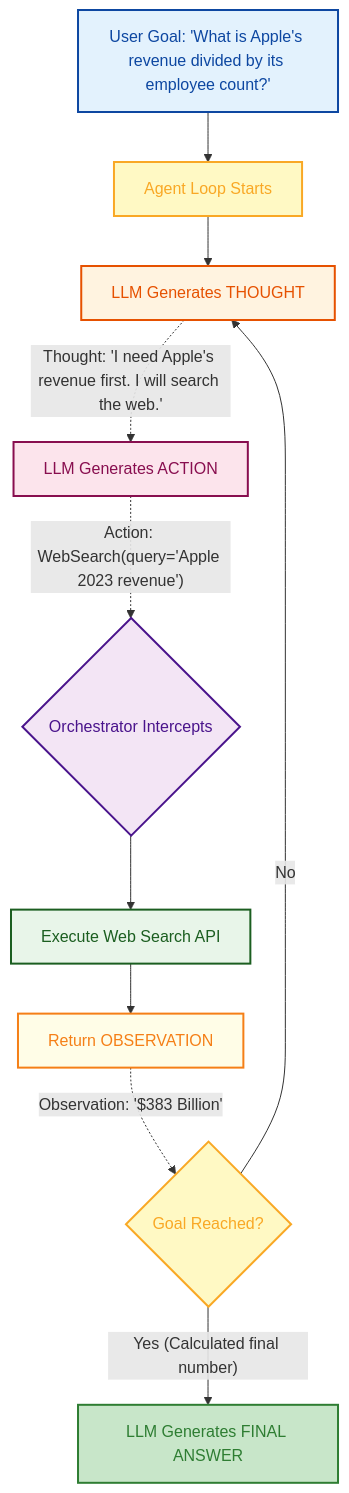
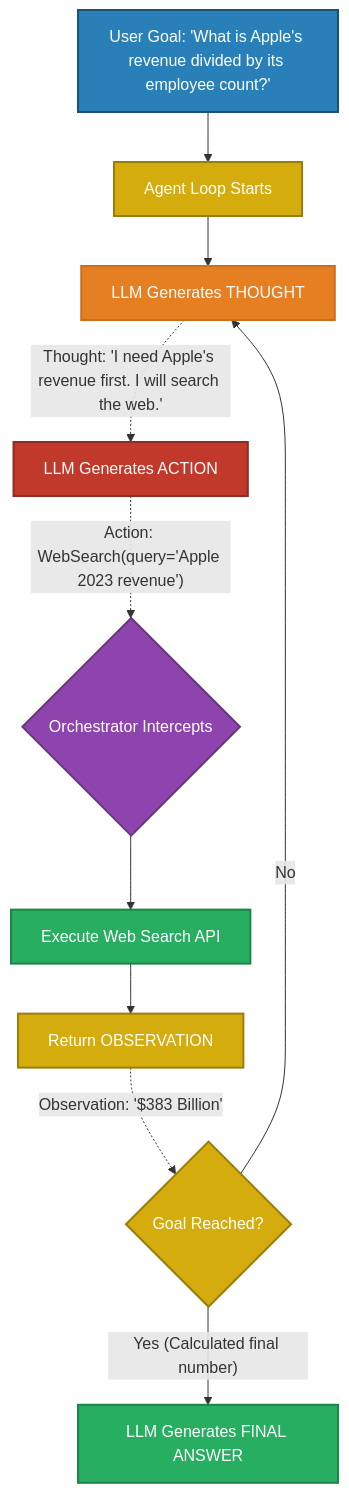
One commit to GyanendraChaubey/AI-Engineering-Notes changed the first of 2 diagrams in docs/13-agents/README.md. Above: the diagram before and after it, drawn with Mermaid. The commit also changed other lines of this file and 15 other files, not shown here.

Commit message:
style: replace all Mermaid diagram colors with saturated palette + white text for dark mode compatibility (321 changes across 16 files)

````diff
--- a/docs/13-agents/README.md
+++ b/docs/13-agents/README.md
@@ -50,26 +50,26 @@
 ```mermaid
 flowchart TD
     A["User Goal: 'What is Apple's revenue divided by its employee count?'"] --> B["Agent Loop Starts"]
     
     B --> C["LLM Generates THOUGHT"]
     C -.->|"Thought: 'I need Apple's revenue first. I will search the web.'"| D["LLM Generates ACTION"]
     
     D -.->|"Action: WebSearch(query='Apple 2023 revenue')"| E{"Orchestrator Intercepts"}
     
     E --> F["Execute Web Search API"]
     F --> G["Return OBSERVATION"]
     
     G -.->|"Observation: '$383 Billion'"| H{"Goal Reached?"}
     
     H -->|"No"| C
     H -->|"Yes (Calculated final number)"| I["LLM Generates FINAL ANSWER"]
-    style A fill:#e3f2fd,stroke:#0d47a1,stroke-width:2px,color:#0d47a1
-    style B fill:#fff9c4,stroke:#f9a825,stroke-width:2px,color:#f9a825
-    style C fill:#fff3e0,stroke:#e65100,stroke-width:2px,color:#e65100
-    style D fill:#fce4ec,stroke:#880e4f,stroke-width:2px,color:#880e4f
-    style E fill:#f3e5f5,stroke:#4a148c,stroke-width:2px,color:#4a148c
-    style F fill:#e8f5e9,stroke:#1b5e20,stroke-width:2px,color:#1b5e20
-    style G fill:#fffde7,stroke:#f57f17,stroke-width:2px,color:#f57f17
-    style H fill:#fff9c4,stroke:#f9a825,stroke-width:2px,color:#f9a825
-    style I fill:#c8e6c9,stroke:#2e7d32,stroke-width:2px,color:#2e7d32
+    style A fill:#2980B9,stroke:#1A5276,stroke-width:2px,color:#FFFFFF
+    style B fill:#D4AC0D,stroke:#9A7D0A,stroke-width:2px,color:#FFFFFF
+    style C fill:#E67E22,stroke:#CA6F1E,stroke-width:2px,color:#FFFFFF
+    style D fill:#C0392B,stroke:#922B21,stroke-width:2px,color:#FFFFFF
+    style E fill:#8E44AD,stroke:#6C3483,stroke-width:2px,color:#FFFFFF
+    style F fill:#27AE60,stroke:#1E8449,stroke-width:2px,color:#FFFFFF
+    style G fill:#D4AC0D,stroke:#9A7D0A,stroke-width:2px,color:#FFFFFF
+    style H fill:#D4AC0D,stroke:#9A7D0A,stroke-width:2px,color:#FFFFFF
+    style I fill:#27AE60,stroke:#1E8449,stroke-width:2px,color:#FFFFFF
 ```
````
